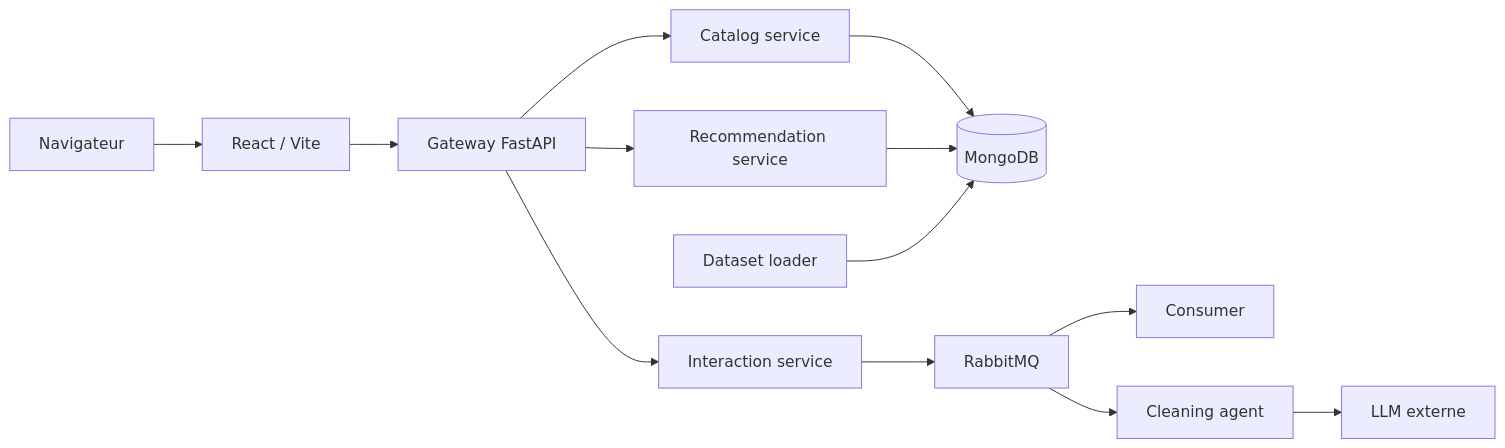
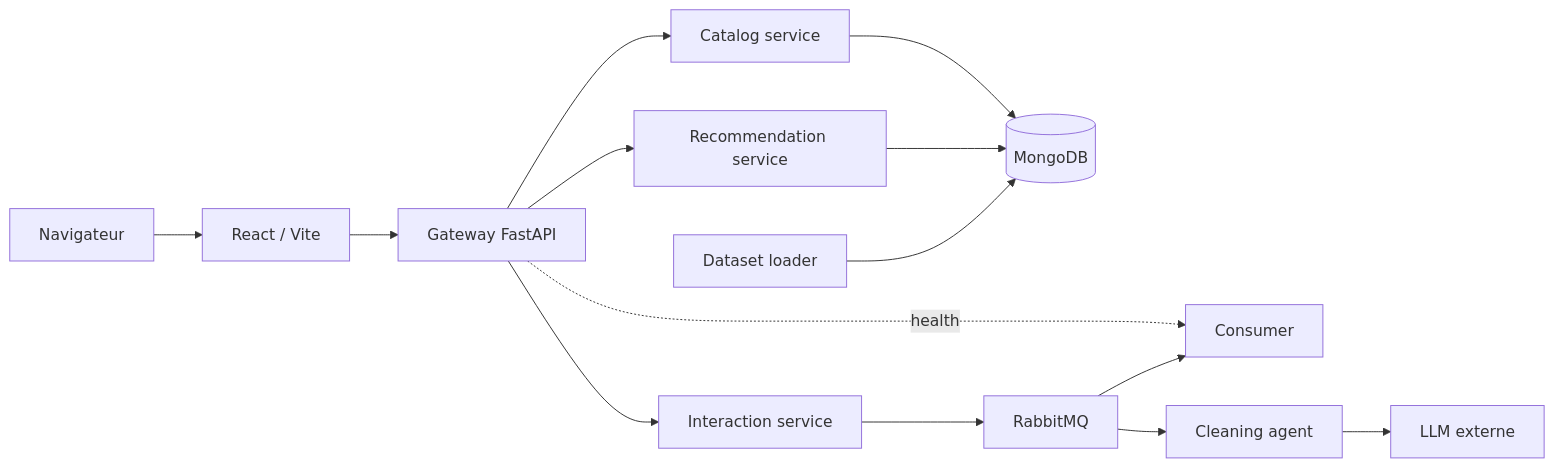
Before and after one commit to AnaisBallard/DCIC-Flix26: the diagram in docs/architecture.md, drawn with Mermaid. The commit also changed other lines of this file and 23 other files, not shown here.

````diff
--- a/docs/architecture.md
+++ b/docs/architecture.md
@@ -5,15 +5,16 @@
 ```mermaid
 flowchart LR
     Browser[Navigateur] --> Frontend[React / Vite]
     Frontend --> Gateway[Gateway FastAPI]
+    Gateway -. health .-> Consumer[Consumer]
     Gateway --> Catalog[Catalog service]
     Gateway --> Recommendations[Recommendation service]
     Gateway --> Interactions[Interaction service]
     Catalog --> Mongo[(MongoDB)]
     Recommendations --> Mongo
     Interactions --> Broker[RabbitMQ]
-    Broker --> Consumer[Consumer]
+    Broker --> Consumer
     Broker --> Cleaning[Cleaning agent]
     Loader[Dataset loader] --> Mongo
     Cleaning --> LLM[LLM externe]
 ```
````
